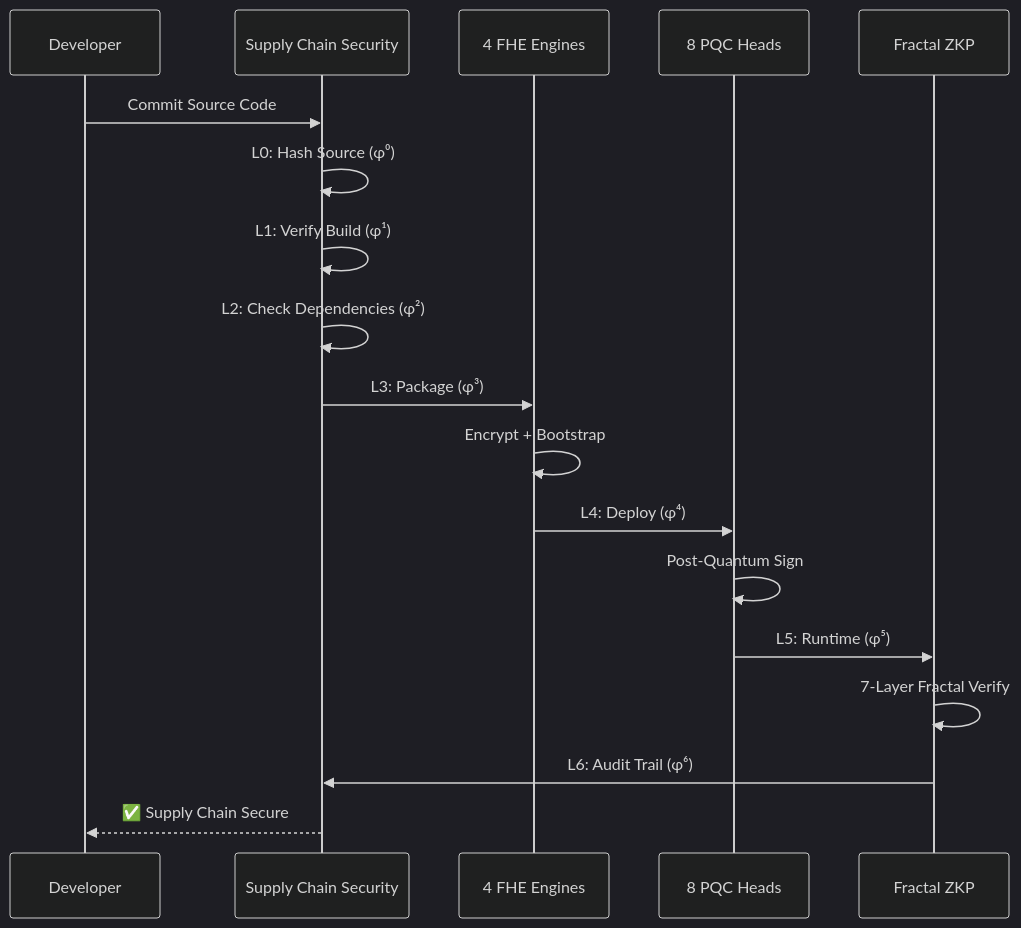
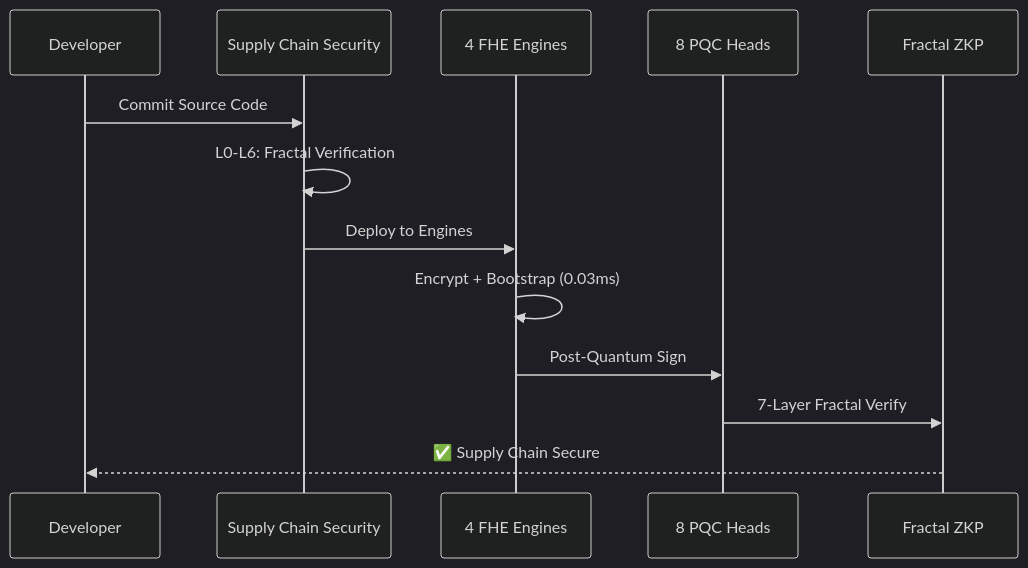
Before and after one commit to primordialomegazero/BeyondYourComprehensionFHE: the first of 2 diagrams in README.md, drawn with Mermaid. The commit also changed other lines of this file, not shown here.

````diff
--- a/README.md
+++ b/README.md
@@ -65,22 +58,17 @@
 ```mermaid
-%%{init: {'theme': 'dark', 'themeVariables': { 'primaryColor': '#ff69b4', 'primaryTextColor': '#000', 'primaryBorderColor': '#ff1493', 'lineColor': '#ff69b4', 'secondaryColor': '#ff1493', 'tertiaryColor': '#ff69b4'}}}%%
+%%{init: {'theme': 'dark', 'themeVariables': { 'primaryColor': '#ff69b4', 'primaryTextColor': '#000', 'primaryBorderColor': '#ff1493', 'lineColor': '#ff69b4'}}}%%
 sequenceDiagram
     participant Dev as Developer
     participant SCS as Supply Chain Security
     participant FHE as 4 FHE Engines
     participant PQC as 8 PQC Heads
     participant ZKP as Fractal ZKP
     
     Dev->>SCS: Commit Source Code
-    SCS->>SCS: L0: Hash Source (φ⁰)
-    SCS->>SCS: L1: Verify Build (φ¹)
-    SCS->>SCS: L2: Check Dependencies (φ²)
-    SCS->>FHE: L3: Package (φ³)
-    FHE->>FHE: Encrypt + Bootstrap
-    FHE->>PQC: L4: Deploy (φ⁴)
-    PQC->>PQC: Post-Quantum Sign
-    PQC->>ZKP: L5: Runtime (φ⁵)
-    ZKP->>ZKP: 7-Layer Fractal Verify
-    ZKP->>SCS: L6: Audit Trail (φ⁶)
-    SCS-->>Dev: ✅ Supply Chain Secure
+    SCS->>SCS: L0-L6: Fractal Verification
+    SCS->>FHE: Deploy to Engines
+    FHE->>FHE: Encrypt + Bootstrap (0.03ms)
+    FHE->>PQC: Post-Quantum Sign
+    PQC->>ZKP: 7-Layer Fractal Verify
+    ZKP-->>Dev: ✅ Supply Chain Secure
 ```
````
